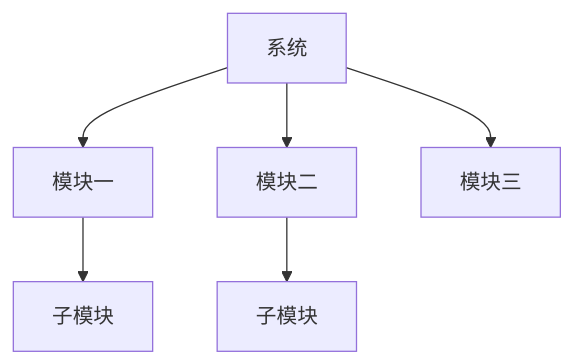
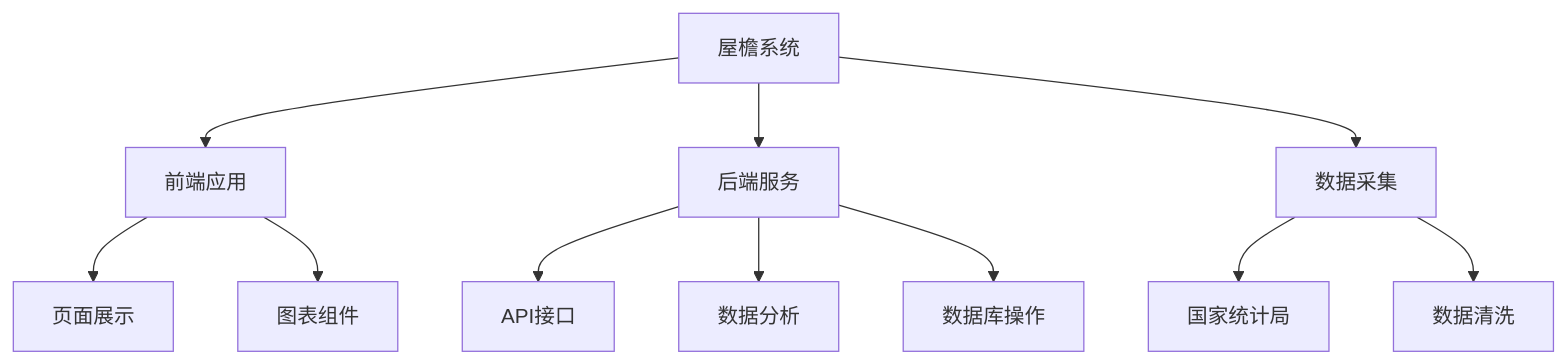
Before and after one commit to hhyouyou/eaves: the third of 3 diagrams in doc/design/index.md, drawn with Mermaid. The commit also changed other lines of this file and 8 other files, not shown here.

````diff
--- a/doc/design/index.md
+++ b/doc/design/index.md
@@ -65,8 +76,13 @@
 ```mermaid
 graph TD
-    A[系统] --> B[模块一]
-    A --> C[模块二]
-    A --> D[模块三]
-    B --> B1[子模块]
-    C --> C1[子模块]
+    A[屋檐系统] --> B[前端应用]
+    A --> C[后端服务]
+    A --> D[数据采集]
+    B --> B1[页面展示]
+    B --> B2[图表组件]
+    C --> C1[API接口]
+    C --> C2[数据分析]
+    C --> C3[数据库操作]
+    D --> D1[国家统计局]
+    D --> D2[数据清洗]
 ```
````
